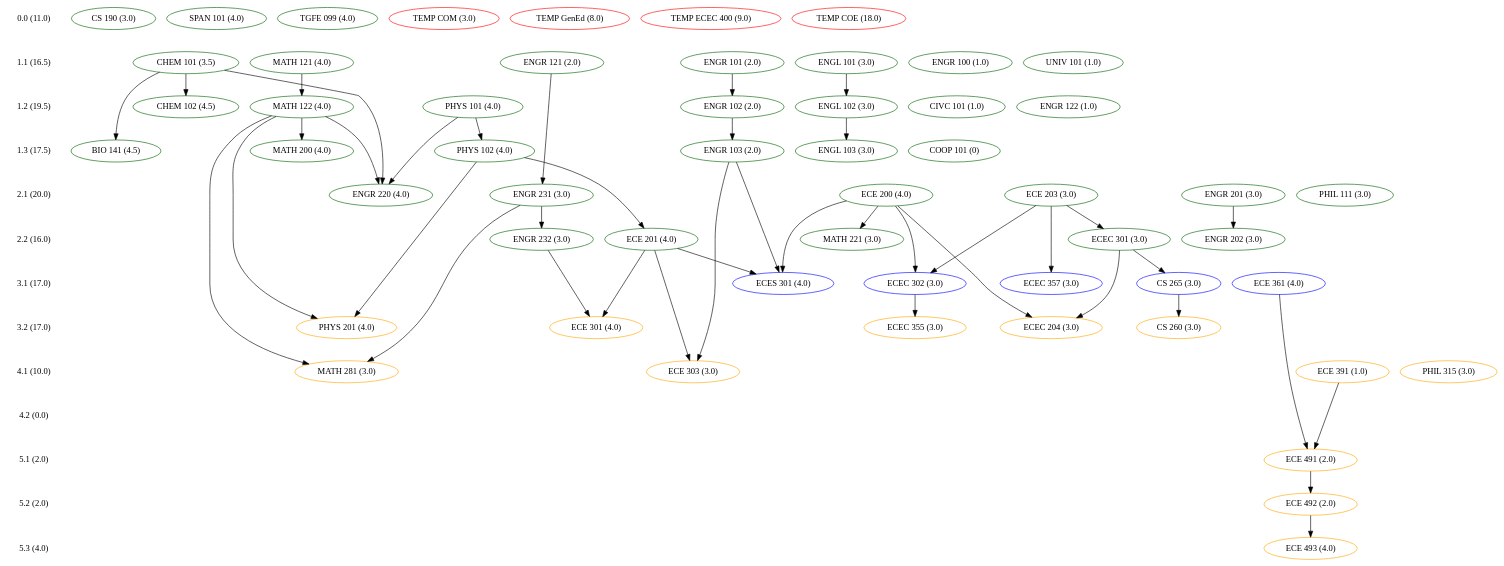
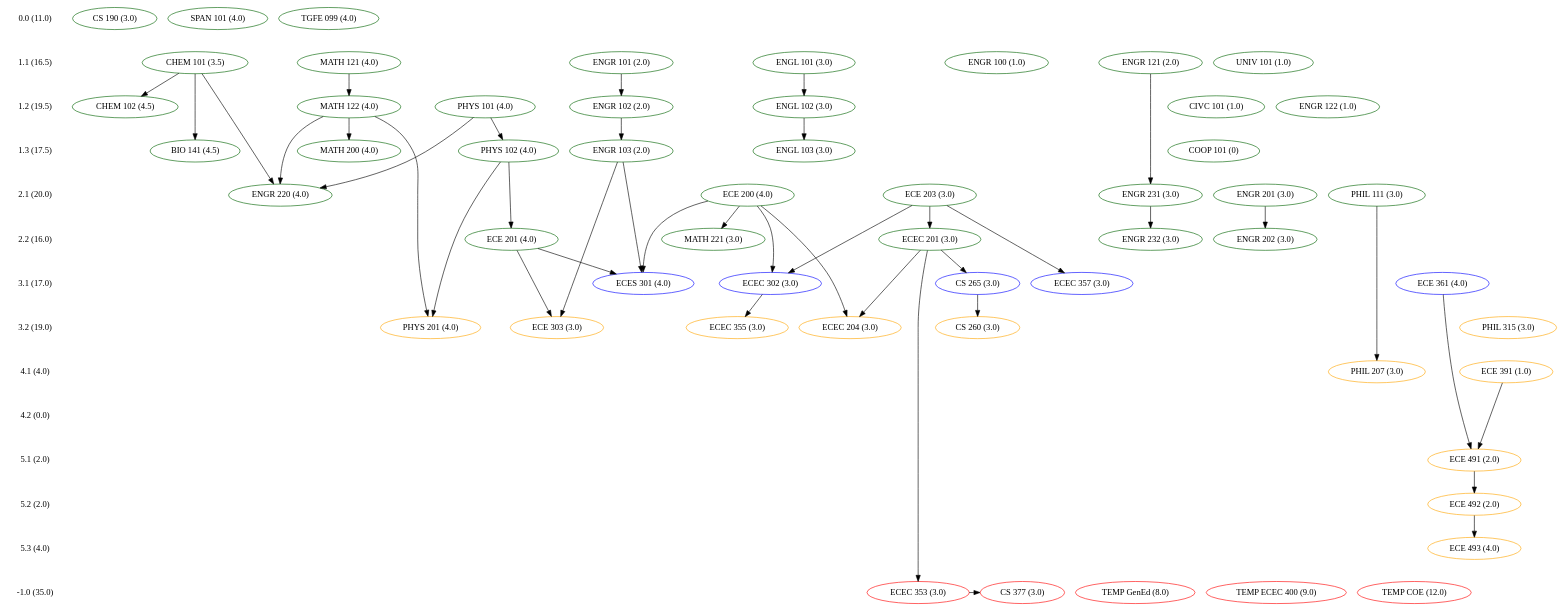
Before and after one commit to Theodus/coursework: the diagram in classes.gv, drawn with Graphviz. The commit also changed 2 other files, not shown here.

```diff
--- a/classes.gv
+++ b/classes.gv
@@ -1,137 +1,139 @@
 digraph Classes {
 	newrank=true
 	0.0 [label="0.0 (11.0)" shape=plaintext]
 	"CS 190" [label="CS 190 (3.0)" color=darkgreen]
 	"SPAN 101" [label="SPAN 101 (4.0)" color=darkgreen]
 	"TGFE 099" [label="TGFE 099 (4.0)" color=darkgreen]
 	1.1 [label="1.1 (16.5)" shape=plaintext]
 	0.0 -> 1.1 [style=invis]
 	"CHEM 101" [label="CHEM 101 (3.5)" color=darkgreen]
 	"ENGL 101" [label="ENGL 101 (3.0)" color=darkgreen]
 	"ENGR 100" [label="ENGR 100 (1.0)" color=darkgreen]
 	"ENGR 101" [label="ENGR 101 (2.0)" color=darkgreen]
 	"ENGR 121" [label="ENGR 121 (2.0)" color=darkgreen]
 	"MATH 121" [label="MATH 121 (4.0)" color=darkgreen]
 	"UNIV 101" [label="UNIV 101 (1.0)" color=darkgreen]
 	1.2 [label="1.2 (19.5)" shape=plaintext]
 	1.1 -> 1.2 [style=invis]
 	"CHEM 102" [label="CHEM 102 (4.5)" color=darkgreen]
 	"CHEM 101" -> "CHEM 102"
 	"CIVC 101" [label="CIVC 101 (1.0)" color=darkgreen]
 	"ENGL 102" [label="ENGL 102 (3.0)" color=darkgreen]
 	"ENGL 101" -> "ENGL 102"
 	"ENGR 102" [label="ENGR 102 (2.0)" color=darkgreen]
 	"ENGR 101" -> "ENGR 102"
 	"ENGR 122" [label="ENGR 122 (1.0)" color=darkgreen]
 	"MATH 122" [label="MATH 122 (4.0)" color=darkgreen]
 	"MATH 121" -> "MATH 122"
 	"PHYS 101" [label="PHYS 101 (4.0)" color=darkgreen]
 	1.3 [label="1.3 (17.5)" shape=plaintext]
 	1.2 -> 1.3 [style=invis]
 	"BIO 141" [label="BIO 141 (4.5)" color=darkgreen]
 	"CHEM 101" -> "BIO 141"
 	"COOP 101" [label="COOP 101 (0)" color=darkgreen]
 	"ENGL 103" [label="ENGL 103 (3.0)" color=darkgreen]
 	"ENGL 102" -> "ENGL 103"
 	"ENGR 103" [label="ENGR 103 (2.0)" color=darkgreen]
 	"ENGR 102" -> "ENGR 103"
 	"MATH 200" [label="MATH 200 (4.0)" color=darkgreen]
 	"MATH 122" -> "MATH 200"
 	"PHYS 102" [label="PHYS 102 (4.0)" color=darkgreen]
 	"PHYS 101" -> "PHYS 102"
 	2.1 [label="2.1 (20.0)" shape=plaintext]
 	1.3 -> 2.1 [style=invis]
 	"ECE 200" [label="ECE 200 (4.0)" color=darkgreen]
 	"ECE 203" [label="ECE 203 (3.0)" color=darkgreen]
 	"ENGR 201" [label="ENGR 201 (3.0)" color=darkgreen]
 	"ENGR 220" [label="ENGR 220 (4.0)" color=darkgreen]
 	"CHEM 101" -> "ENGR 220"
 	"MATH 122" -> "ENGR 220"
 	"PHYS 101" -> "ENGR 220"
 	"ENGR 231" [label="ENGR 231 (3.0)" color=darkgreen]
 	"ENGR 121" -> "ENGR 231"
 	"PHIL 111" [label="PHIL 111 (3.0)" color=darkgreen]
 	2.2 [label="2.2 (16.0)" shape=plaintext]
 	2.1 -> 2.2 [style=invis]
 	"ECE 201" [label="ECE 201 (4.0)" color=darkgreen]
 	"PHYS 102" -> "ECE 201"
-	"ECEC 301" [label="ECEC 301 (3.0)" color=darkgreen]
-	"ECE 203" -> "ECEC 301"
+	"ECEC 201" [label="ECEC 201 (3.0)" color=darkgreen]
+	"ECE 203" -> "ECEC 201"
 	"ENGR 202" [label="ENGR 202 (3.0)" color=darkgreen]
 	"ENGR 201" -> "ENGR 202"
 	"ENGR 232" [label="ENGR 232 (3.0)" color=darkgreen]
 	"ENGR 231" -> "ENGR 232"
 	"MATH 221" [label="MATH 221 (3.0)" color=darkgreen]
 	"ECE 200" -> "MATH 221"
 	3.1 [label="3.1 (17.0)" shape=plaintext]
 	2.2 -> 3.1 [style=invis]
 	"CS 265" [label="CS 265 (3.0)" color=blue]
-	"ECEC 301" -> "CS 265"
+	"ECEC 201" -> "CS 265"
 	"ECE 361" [label="ECE 361 (4.0)" color=blue]
 	"ECEC 302" [label="ECEC 302 (3.0)" color=blue]
 	"ECE 203" -> "ECEC 302"
 	"ECE 200" -> "ECEC 302"
 	"ECEC 357" [label="ECEC 357 (3.0)" color=blue]
 	"ECE 203" -> "ECEC 357"
 	"ECES 301" [label="ECES 301 (4.0)" color=blue]
 	"ECE 200" -> "ECES 301"
 	"ECE 201" -> "ECES 301"
 	"ENGR 103" -> "ECES 301"
-	3.2 [label="3.2 (17.0)" shape=plaintext]
+	3.2 [label="3.2 (19.0)" shape=plaintext]
 	3.1 -> 3.2 [style=invis]
 	"CS 260" [label="CS 260 (3.0)" color=orange]
 	"CS 265" -> "CS 260"
-	"ECE 301" [label="ECE 301 (4.0)" color=orange]
-	"ECE 201" -> "ECE 301"
-	"ENGR 232" -> "ECE 301"
+	"ECE 303" [label="ECE 303 (3.0)" color=orange]
+	"ECE 201" -> "ECE 303"
+	"ENGR 103" -> "ECE 303"
 	"ECEC 204" [label="ECEC 204 (3.0)" color=orange]
 	"ECE 200" -> "ECEC 204"
-	"ECEC 301" -> "ECEC 204"
+	"ECEC 201" -> "ECEC 204"
 	"ECEC 355" [label="ECEC 355 (3.0)" color=orange]
 	"ECEC 302" -> "ECEC 355"
+	"PHIL 315" [label="PHIL 315 (3.0)" color=orange]
 	"PHYS 201" [label="PHYS 201 (4.0)" color=orange]
 	"PHYS 102" -> "PHYS 201"
 	"MATH 122" -> "PHYS 201"
-	4.1 [label="4.1 (10.0)" shape=plaintext]
+	4.1 [label="4.1 (4.0)" shape=plaintext]
 	3.2 -> 4.1 [style=invis]
 	"ECE 391" [label="ECE 391 (1.0)" color=orange]
-	"ECE 303" [label="ECE 303 (3.0)" color=orange]
-	"ECE 201" -> "ECE 303"
-	"ENGR 103" -> "ECE 303"
-	"MATH 281" [label="MATH 281 (3.0)" color=orange]
-	"MATH 122" -> "MATH 281"
-	"ENGR 231" -> "MATH 281"
-	"PHIL 315" [label="PHIL 315 (3.0)" color=orange]
+	"PHIL 207" [label="PHIL 207 (3.0)" color=orange]
+	"PHIL 111" -> "PHIL 207"
 	4.2 [label="4.2 (0.0)" shape=plaintext]
 	4.1 -> 4.2 [style=invis]
 	5.1 [label="5.1 (2.0)" shape=plaintext]
 	4.2 -> 5.1 [style=invis]
 	"ECE 491" [label="ECE 491 (2.0)" color=orange]
 	"ECE 391" -> "ECE 491"
 	"ECE 361" -> "ECE 491"
 	5.2 [label="5.2 (2.0)" shape=plaintext]
 	5.1 -> 5.2 [style=invis]
 	"ECE 492" [label="ECE 492 (2.0)" color=orange]
 	"ECE 491" -> "ECE 492"
 	5.3 [label="5.3 (4.0)" shape=plaintext]
 	5.2 -> 5.3 [style=invis]
 	"ECE 493" [label="ECE 493 (4.0)" color=orange]
 	"ECE 492" -> "ECE 493"
-	"TEMP COM" [label="TEMP COM (3.0)" color=red]
+	-1.0 [label="-1.0 (35.0)" shape=plaintext]
+	5.3 -> -1.0 [style=invis]
 	"TEMP GenEd" [label="TEMP GenEd (8.0)" color=red]
 	"TEMP ECEC 400" [label="TEMP ECEC 400 (9.0)" color=red]
-	"TEMP COE" [label="TEMP COE (18.0)" color=red]
+	"TEMP COE" [label="TEMP COE (12.0)" color=red]
+	"ECEC 353" [label="ECEC 353 (3.0)" color=red]
+	"ECEC 201" -> "ECEC 353"
+	"CS 377" [label="CS 377 (3.0)" color=red]
+	"ECEC 353" -> "CS 377"
 	{rank=same; "0.0" "CS 190" "SPAN 101" "TGFE 099"}
 	{rank=same; "1.1" "CHEM 101" "ENGL 101" "ENGR 100" "ENGR 101" "ENGR 121" "MATH 121" "UNIV 101"}
 	{rank=same; "1.2" "CHEM 102" "CIVC 101" "ENGL 102" "ENGR 102" "ENGR 122" "MATH 122" "PHYS 101"}
 	{rank=same; "1.3" "BIO 141" "COOP 101" "ENGL 103" "ENGR 103" "MATH 200" "PHYS 102"}
 	{rank=same; "2.1" "ECE 200" "ECE 203" "ENGR 201" "ENGR 220" "ENGR 231" "PHIL 111"}
-	{rank=same; "2.2" "ECE 201" "ECEC 301" "ENGR 202" "ENGR 232" "MATH 221"}
+	{rank=same; "2.2" "ECE 201" "ECEC 201" "ENGR 202" "ENGR 232" "MATH 221"}
 	{rank=same; "3.1" "CS 265" "ECE 361" "ECEC 302" "ECEC 357" "ECES 301"}
-	{rank=same; "3.2" "CS 260" "ECE 301" "ECEC 204" "ECEC 355" "PHYS 201"}
-	{rank=same; "4.1" "ECE 391" "ECE 303" "MATH 281" "PHIL 315"}
+	{rank=same; "3.2" "CS 260" "ECE 303" "ECEC 204" "ECEC 355" "PHIL 315" "PHYS 201"}
+	{rank=same; "4.1" "ECE 391" "PHIL 207"}
 	{rank=same; "4.2" }
 	{rank=same; "5.1" "ECE 491"}
 	{rank=same; "5.2" "ECE 492"}
 	{rank=same; "5.3" "ECE 493"}
+	{rank=same; "-1.0" "TEMP GenEd" "TEMP ECEC 400" "TEMP COE" "ECEC 353" "CS 377"}
 }
```
